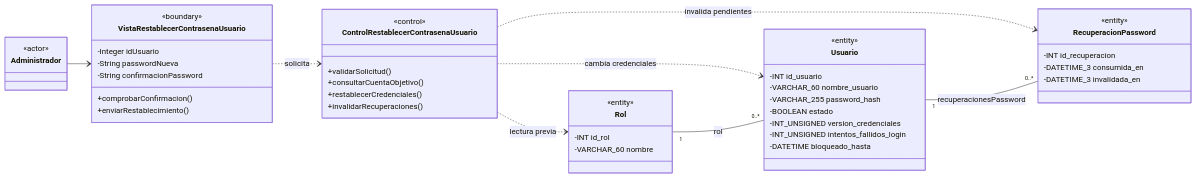
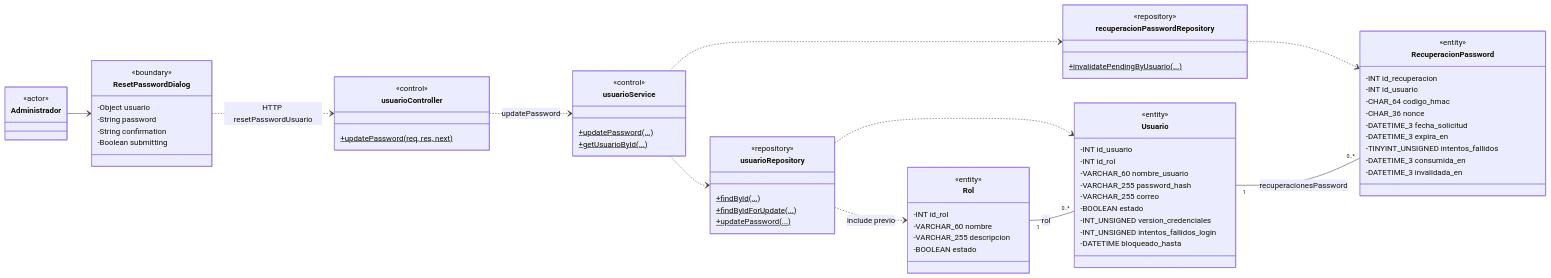
Before and after one commit to CreepyBowDev/cadefar-inventory-system: the ninth of 34 diagrams in docs/ai/analisis-clases-academico.md, drawn with Mermaid. The commit also changed other lines of this file, not shown here.

````diff
--- a/docs/ai/analisis-clases-academico.md
+++ b/docs/ai/analisis-clases-academico.md
@@ -639,48 +900,72 @@
 ```mermaid
 classDiagram
     direction LR
     class Administrador { <<actor>> }
-    class VistaRestablecerContrasenaUsuario {
+    class ResetPasswordDialog {
         <<boundary>>
-        -Integer idUsuario
-        -String passwordNueva
-        -String confirmacionPassword
-        +comprobarConfirmacion()
-        +enviarRestablecimiento()
+        -Object usuario
+        -String password
+        -String confirmation
+        -Boolean submitting
     }
-    class ControlRestablecerContrasenaUsuario {
+    class usuarioController {
         <<control>>
-        +validarSolicitud()
-        +consultarCuentaObjetivo()
-        +restablecerCredenciales()
-        +invalidarRecuperaciones()
+        +updatePassword(req, res, next)$
+    }
+    class usuarioService {
+        <<control>>
+        +updatePassword(...)$
+        +getUsuarioById(...)$
+    }
+    class usuarioRepository {
+        <<repository>>
+        +findById(...)$
+        +findByIdForUpdate(...)$
+        +updatePassword(...)$
+    }
+    class recuperacionPasswordRepository {
+        <<repository>>
+        +invalidatePendingByUsuario(...)$
     }
     class Usuario {
         <<entity>>
         -INT id_usuario
+        -INT id_rol
         -VARCHAR_60 nombre_usuario
         -VARCHAR_255 password_hash
+        -VARCHAR_255 correo
         -BOOLEAN estado
         -INT_UNSIGNED version_credenciales
         -INT_UNSIGNED intentos_fallidos_login
         -DATETIME bloqueado_hasta
     }
     class Rol {
         <<entity>>
         -INT id_rol
         -VARCHAR_60 nombre
+        -VARCHAR_255 descripcion
+        -BOOLEAN estado
     }
     class RecuperacionPassword {
         <<entity>>
         -INT id_recuperacion
+        -INT id_usuario
+        -CHAR_64 codigo_hmac
+        -CHAR_36 nonce
+        -DATETIME_3 fecha_solicitud
+        -DATETIME_3 expira_en
+        -TINYINT_UNSIGNED intentos_fallidos
         -DATETIME_3 consumida_en
         -DATETIME_3 invalidada_en
     }
-    Administrador --> VistaRestablecerContrasenaUsuario
-    VistaRestablecerContrasenaUsuario ..> ControlRestablecerContrasenaUsuario : solicita
-    ControlRestablecerContrasenaUsuario ..> Usuario : cambia credenciales
-    ControlRestablecerContrasenaUsuario ..> Rol : lectura previa
-    ControlRestablecerContrasenaUsuario ..> RecuperacionPassword : invalida pendientes
+    Administrador --> ResetPasswordDialog
+    ResetPasswordDialog ..> usuarioController : HTTP resetPasswordUsuario
+    usuarioController ..> usuarioService : updatePassword
+    usuarioService ..> usuarioRepository
+    usuarioService ..> recuperacionPasswordRepository
+    usuarioRepository ..> Usuario
+    usuarioRepository ..> Rol : include previo
+    recuperacionPasswordRepository ..> RecuperacionPassword
     Rol "1" -- "0..*" Usuario : rol
     Usuario "1" -- "0..*" RecuperacionPassword : recuperacionesPassword
 ```
````
